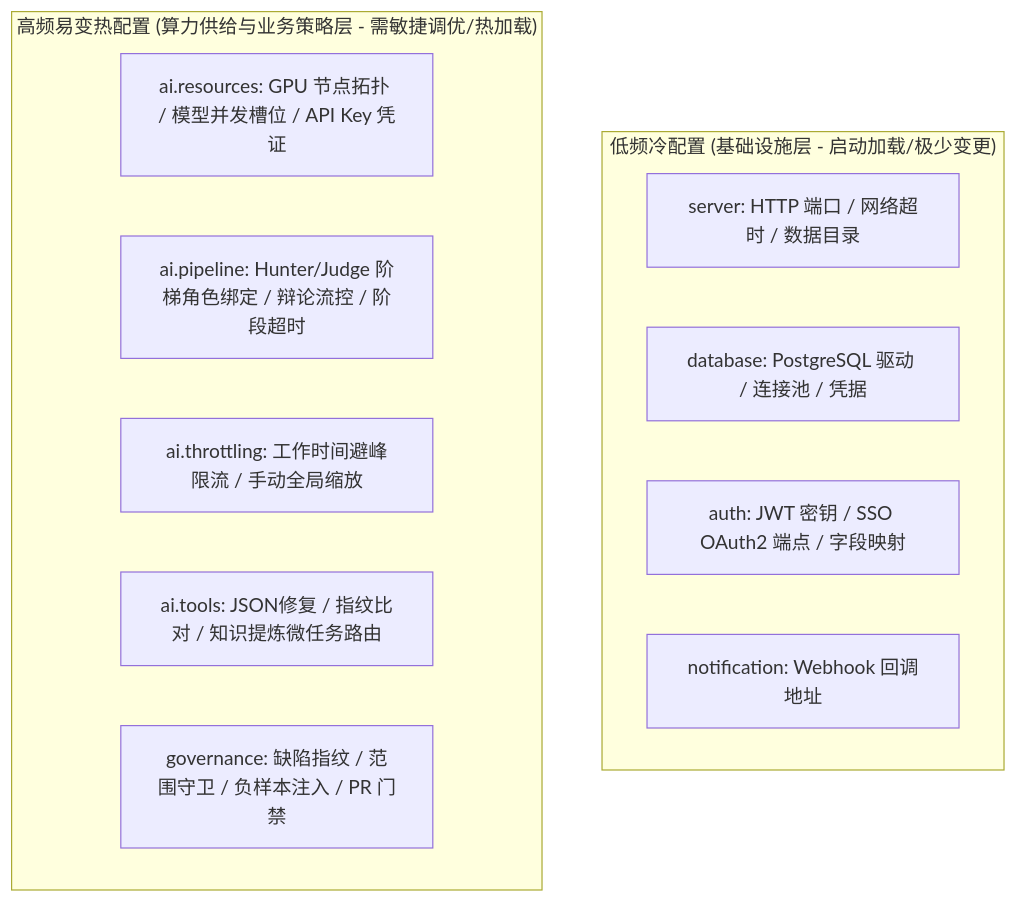
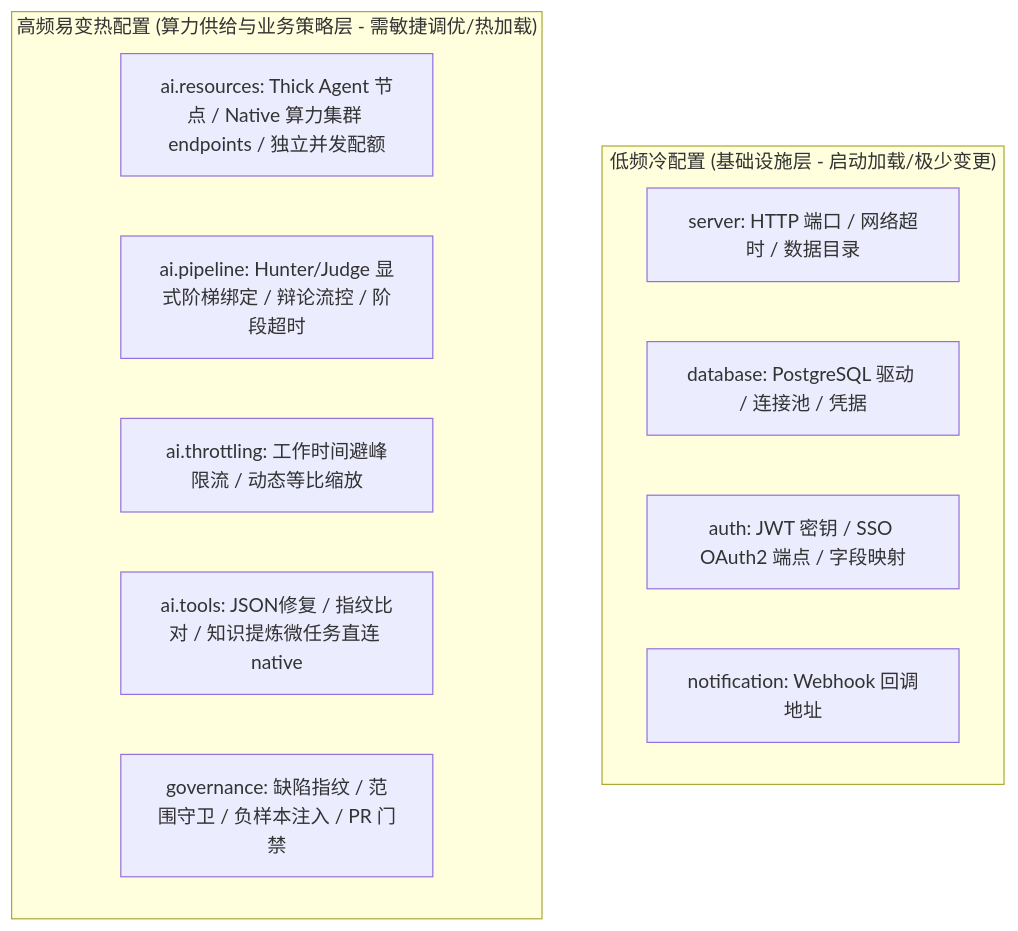
The first of 3 diagrams in docs/native-llm-architecture/02-CodeShield-AI执行引擎与企业治理配置架构优化设计.md (fugui/code-shield), drawn with Mermaid before and after one commit. The commit also changed other lines of this file, not shown here.

````diff
--- a/docs/native-llm-architecture/02-CodeShield-AI执行引擎与企业治理配置架构优化设计.md
+++ b/docs/native-llm-architecture/02-CodeShield-AI执行引擎与企业治理配置架构优化设计.md
@@ -19,17 +19,17 @@
 ```mermaid
 graph TD
     subgraph ColdConfig ["低频冷配置 (基础设施层 - 启动加载/极少变更)"]
         Server["server: HTTP 端口 / 网络超时 / 数据目录"]
         DB["database: PostgreSQL 驱动 / 连接池 / 凭据"]
         Auth["auth: JWT 密钥 / SSO OAuth2 端点 / 字段映射"]
         Notify["notification: Webhook 回调地址"]
     end
 
     subgraph HotConfig ["高频易变热配置 (算力供给与业务策略层 - 需敏捷调优/热加载)"]
-        AI_Compute["ai.resources: GPU 节点拓扑 / 模型并发槽位 / API Key 凭证"]
-        AI_Pipeline["ai.pipeline: Hunter/Judge 阶梯角色绑定 / 辩论流控 / 阶段超时"]
-        AI_Throttling["ai.throttling: 工作时间避峰限流 / 手动全局缩放"]
-        AI_Tools["ai.tools: JSON修复 / 指纹比对 / 知识提炼微任务路由"]
+        AI_Compute["ai.resources: Thick Agent 节点 / Native 算力集群 endpoints / 独立并发配额"]
+        AI_Pipeline["ai.pipeline: Hunter/Judge 显式阶梯绑定 / 辩论流控 / 阶段超时"]
+        AI_Throttling["ai.throttling: 工作时间避峰限流 / 动态等比缩放"]
+        AI_Tools["ai.tools: JSON修复 / 指纹比对 / 知识提炼微任务直连 native"]
         Gov_Policy["governance: 缺陷指纹 / 范围守卫 / 负样本注入 / PR 门禁"]
     end
 ```
````
